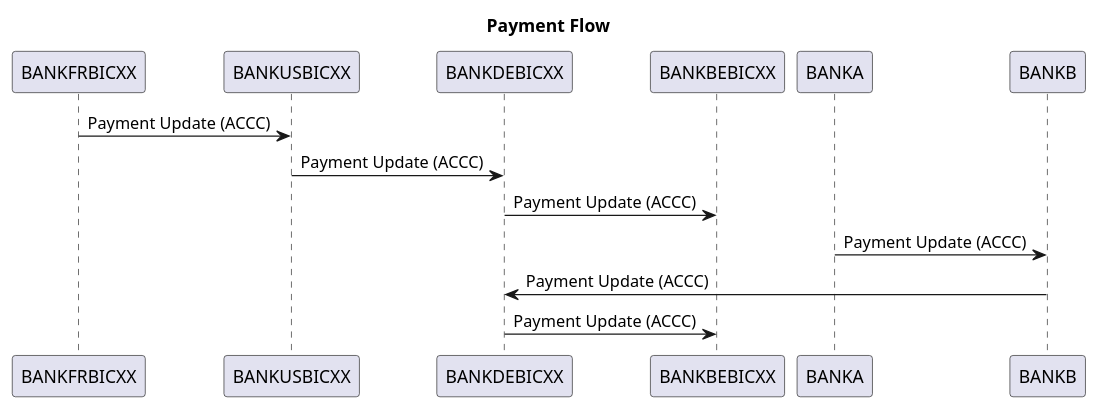
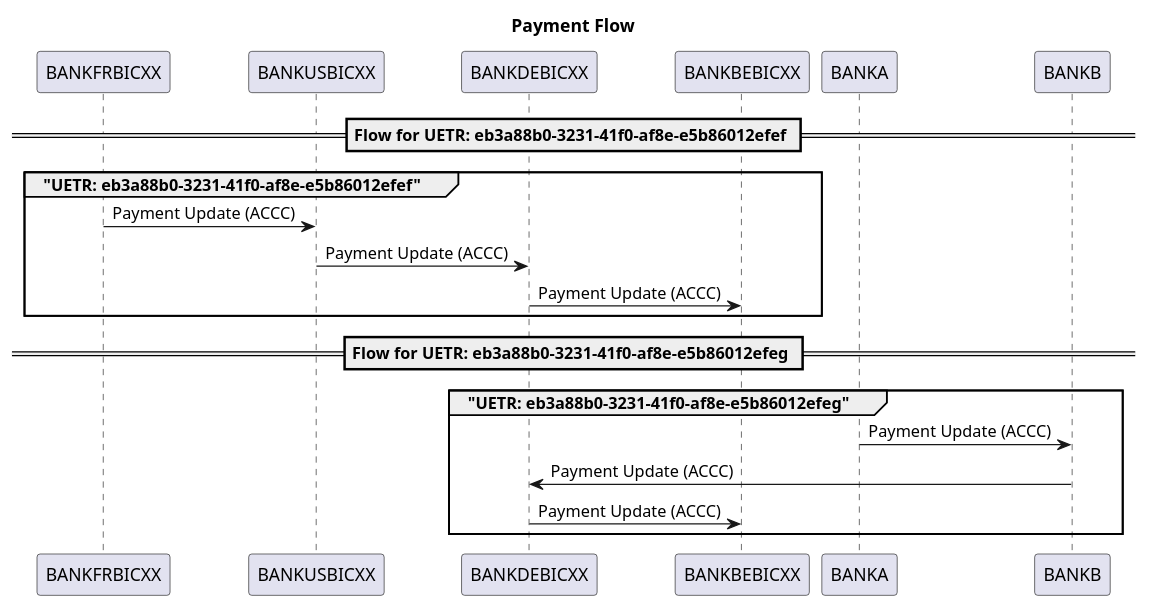
Before and after one commit to paulanthonybegley/Sts-swift-tracking: the diagram in cxf-five-module-project/sequence_diagram.puml, drawn with PlantUML. The commit also changed 2 other files, not shown here.

Commit message:
feat: use dividers and group blocks in PlantUML for better UETR flow separation

```diff
--- a/cxf-five-module-project/sequence_diagram.puml
+++ b/cxf-five-module-project/sequence_diagram.puml
@@ -1,9 +1,15 @@
 @startuml
 title Payment Flow
+== Flow for UETR: eb3a88b0-3231-41f0-af8e-e5b86012efef ==
+group "UETR: eb3a88b0-3231-41f0-af8e-e5b86012efef"
 "BANKFRBICXX" -> "BANKUSBICXX": Payment Update (ACCC)
 "BANKUSBICXX" -> "BANKDEBICXX": Payment Update (ACCC)
 "BANKDEBICXX" -> "BANKBEBICXX": Payment Update (ACCC)
+end
+== Flow for UETR: eb3a88b0-3231-41f0-af8e-e5b86012efeg ==
+group "UETR: eb3a88b0-3231-41f0-af8e-e5b86012efeg"
 "BANKA" -> "BANKB": Payment Update (ACCC)
 "BANKB" -> "BANKDEBICXX": Payment Update (ACCC)
 "BANKDEBICXX" -> "BANKBEBICXX": Payment Update (ACCC)
+end
 @enduml
```
